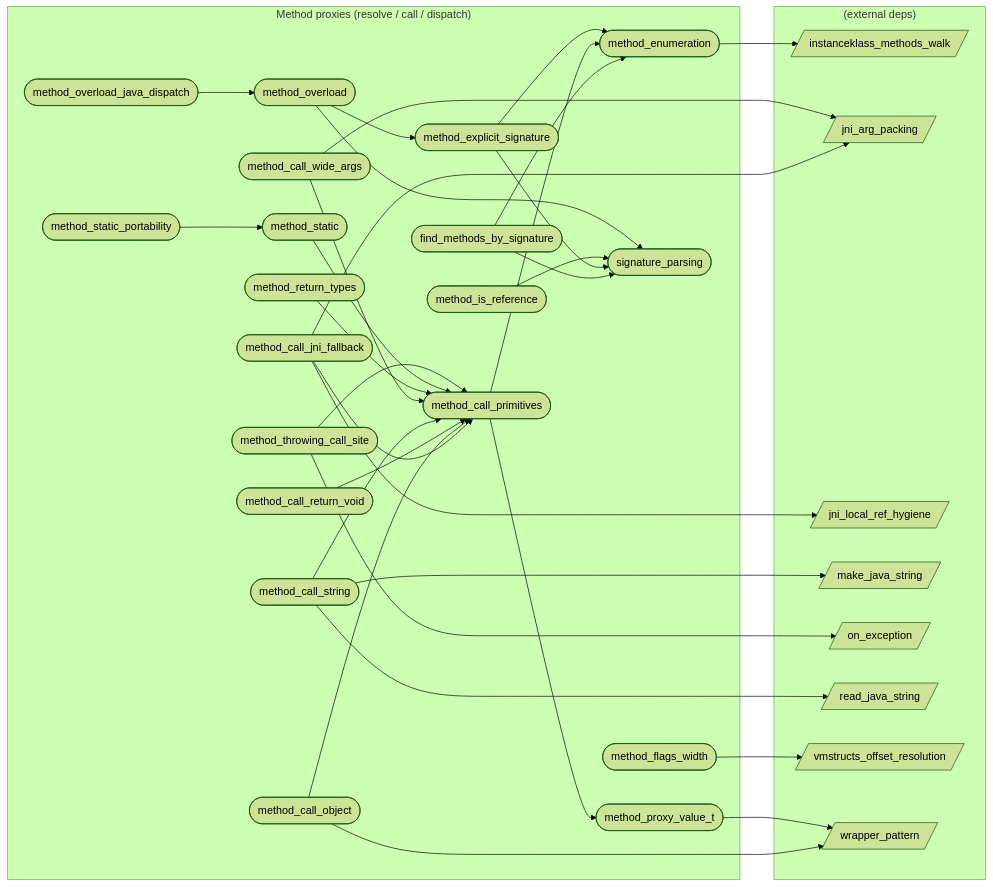
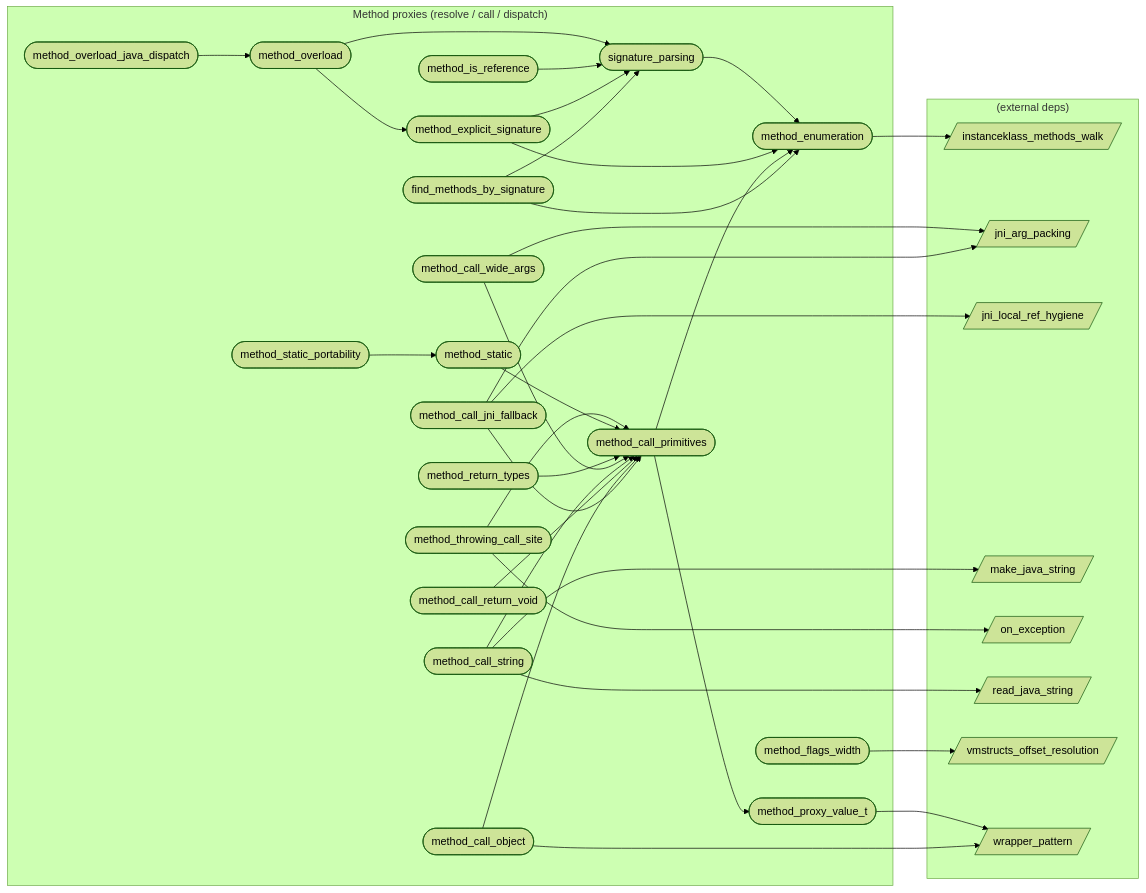
One commit to xxxnpno/VMHook changed the diagram in audit/graph/categories/method.md. Above: the diagram before and after it, drawn with Mermaid (forest theme). The commit also changed other lines of this file and 26 other files, not shown here.

First line of the commit message:
docs(audit/features): enrich hook_chaining, hook_install_after_jit, hook_unhook_double_free, signature_parsing, for_each_instance

````diff
--- a/audit/graph/categories/method.md
+++ b/audit/graph/categories/method.md
@@ -36,63 +36,64 @@
 ```mermaid
 flowchart LR
   subgraph method["Method proxies (resolve / call / dispatch)"]
     find_methods_by_signature([find_methods_by_signature])
     method_call_jni_fallback([method_call_jni_fallback])
     method_call_object([method_call_object])
     method_call_primitives([method_call_primitives])
     method_call_return_void([method_call_return_void])
     method_call_string([method_call_string])
     method_call_wide_args([method_call_wide_args])
     method_enumeration([method_enumeration])
     method_explicit_signature([method_explicit_signature])
     method_flags_width([method_flags_width])
     method_is_reference([method_is_reference])
     method_overload([method_overload])
     method_overload_java_dispatch([method_overload_java_dispatch])
     method_proxy_value_t([method_proxy_value_t])
     method_return_types([method_return_types])
     method_static([method_static])
     method_static_portability([method_static_portability])
     method_throwing_call_site([method_throwing_call_site])
     signature_parsing([signature_parsing])
   end
   subgraph external["(external deps)"]
     instanceklass_methods_walk[/instanceklass_methods_walk/]
     jni_arg_packing[/jni_arg_packing/]
     jni_local_ref_hygiene[/jni_local_ref_hygiene/]
     make_java_string[/make_java_string/]
     on_exception[/on_exception/]
     read_java_string[/read_java_string/]
     vmstructs_offset_resolution[/vmstructs_offset_resolution/]
     wrapper_pattern[/wrapper_pattern/]
   end
   find_methods_by_signature --> signature_parsing
   find_methods_by_signature --> method_enumeration
   method_call_jni_fallback --> method_call_primitives
   method_call_jni_fallback --> jni_arg_packing
   method_call_jni_fallback --> jni_local_ref_hygiene
   method_call_object --> method_call_primitives
   method_call_object --> wrapper_pattern
   method_call_primitives --> method_proxy_value_t
   method_call_primitives --> method_enumeration
   method_call_return_void --> method_call_primitives
   method_call_string --> method_call_primitives
   method_call_string --> make_java_string
   method_call_string --> read_java_string
   method_call_wide_args --> method_call_primitives
   method_call_wide_args --> jni_arg_packing
   method_enumeration --> instanceklass_methods_walk
   method_explicit_signature --> signature_parsing
   method_explicit_signature --> method_enumeration
   method_flags_width --> vmstructs_offset_resolution
   method_is_reference --> signature_parsing
   method_overload --> signature_parsing
   method_overload --> method_explicit_signature
   method_overload_java_dispatch --> method_overload
   method_proxy_value_t --> wrapper_pattern
   method_return_types --> method_call_primitives
   method_static --> method_call_primitives
   method_static_portability --> method_static
   method_throwing_call_site --> method_call_primitives
   method_throwing_call_site --> on_exception
+  signature_parsing --> method_enumeration
 ```
````
